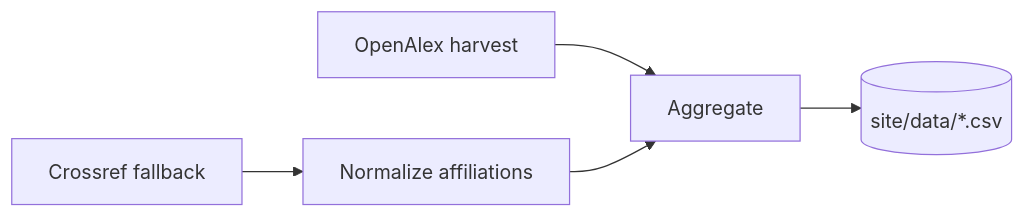
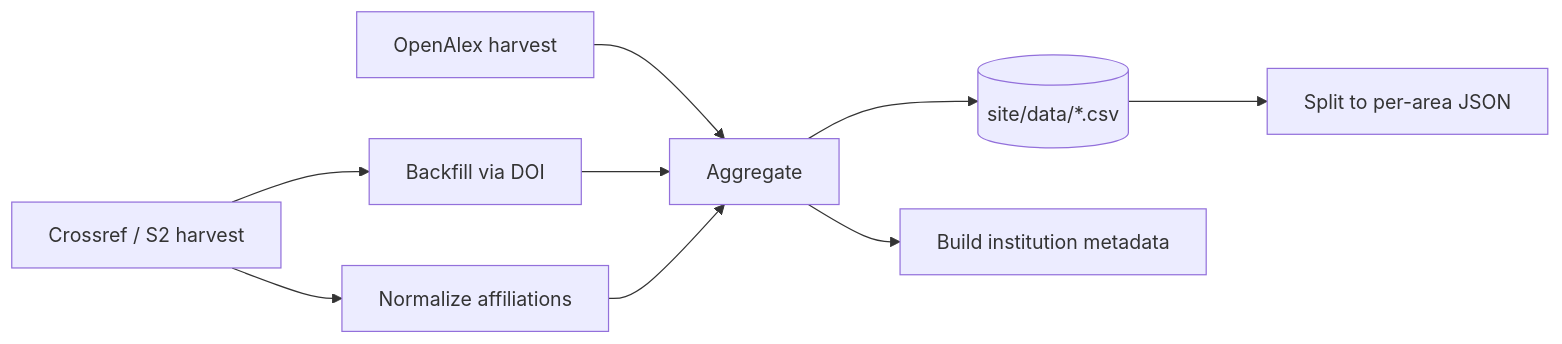
The diagram in README.md (eding42/ecerankings.org), drawn with Mermaid before and after one commit. The commit also changed other lines of this file and 9 other files, not shown here.

````diff
--- a/README.md
+++ b/README.md
@@ -48,6 +48,8 @@
 ```mermaid
 flowchart LR
     A[OpenAlex harvest] --> D[Aggregate]
-    B[Crossref fallback] --> C[Normalize affiliations] --> D
-    D --> E[(site/data/*.csv)]
+    B[Crossref / S2 harvest] --> F[Backfill via DOI] --> D
+    B --> C[Normalize affiliations] --> D
+    D --> E[(site/data/*.csv)] --> G[Split to per-area JSON]
+    D --> H[Build institution metadata]
 ```
````
